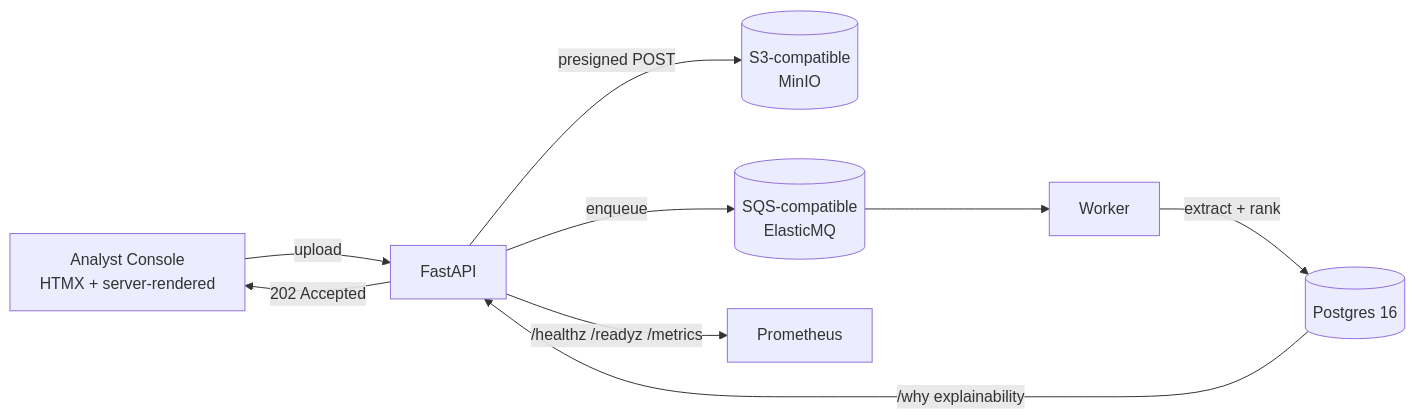
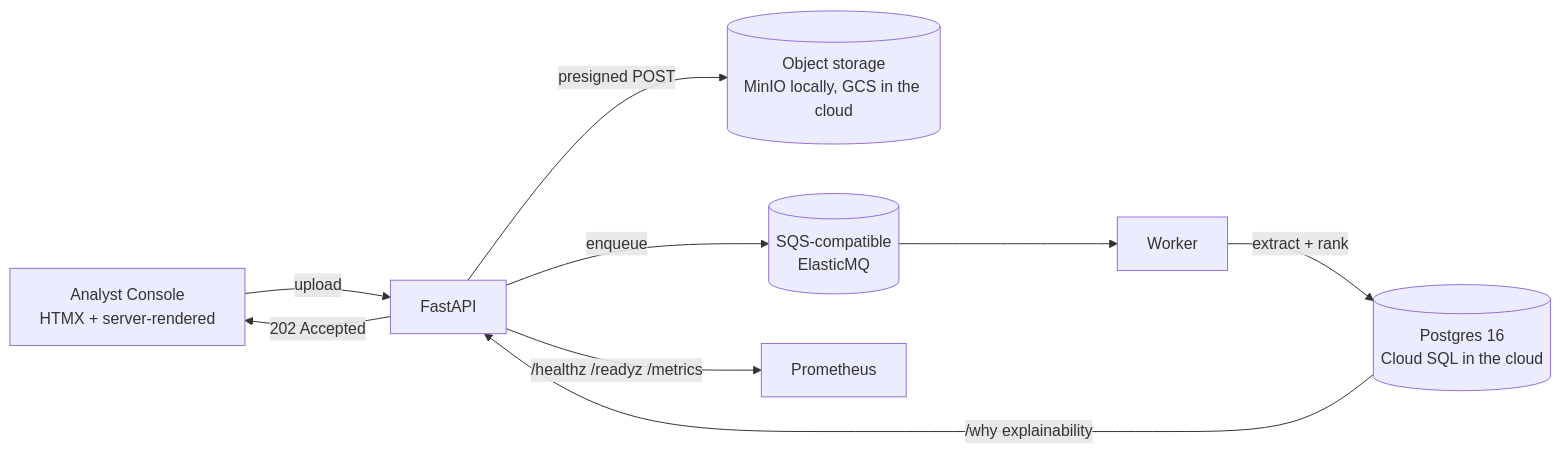
One commit to nisarg-007/occurrence-desk changed the diagram in README.md. Above: the diagram before and after it, drawn with Mermaid. The commit also changed other lines of this file, not shown here.

Commit message:
docs: fix stale README roadmap line and architecture diagram labels
The short roadmap now says state decoupling is done and the queue is
still on the VM. The diagram names GCS and Cloud SQL for the cloud.

````diff
--- a/README.md
+++ b/README.md
@@ -38,11 +38,11 @@
 ```mermaid
 flowchart LR
     U[Analyst Console<br/>HTMX + server-rendered] -->|upload| A[FastAPI]
-    A -->|presigned POST| S[(S3-compatible<br/>MinIO)]
+    A -->|presigned POST| S[(Object storage<br/>MinIO locally, GCS in the cloud)]
     A -->|202 Accepted| U
     A -->|enqueue| Q[(SQS-compatible<br/>ElasticMQ)]
     Q --> W[Worker]
-    W -->|extract + rank| D[(Postgres 16)]
+    W -->|extract + rank| D[(Postgres 16<br/>Cloud SQL in the cloud)]
     D -->|/why explainability| A
     A -->|/healthz /readyz /metrics| M[Prometheus]
 ```
````
